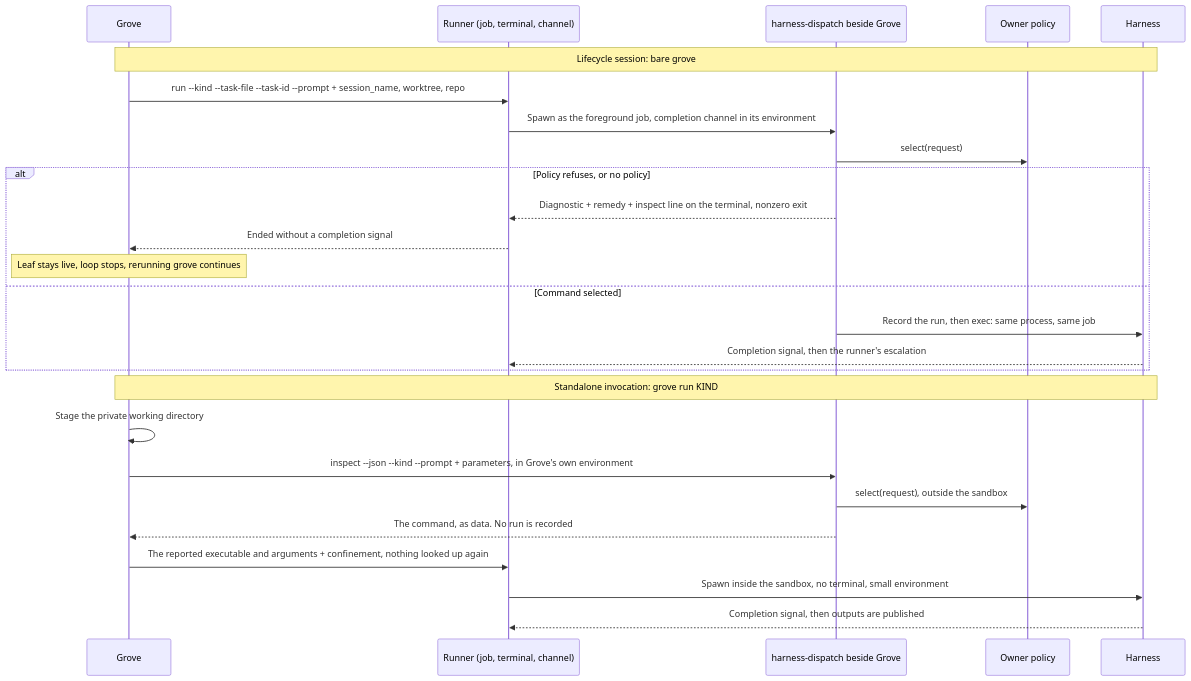
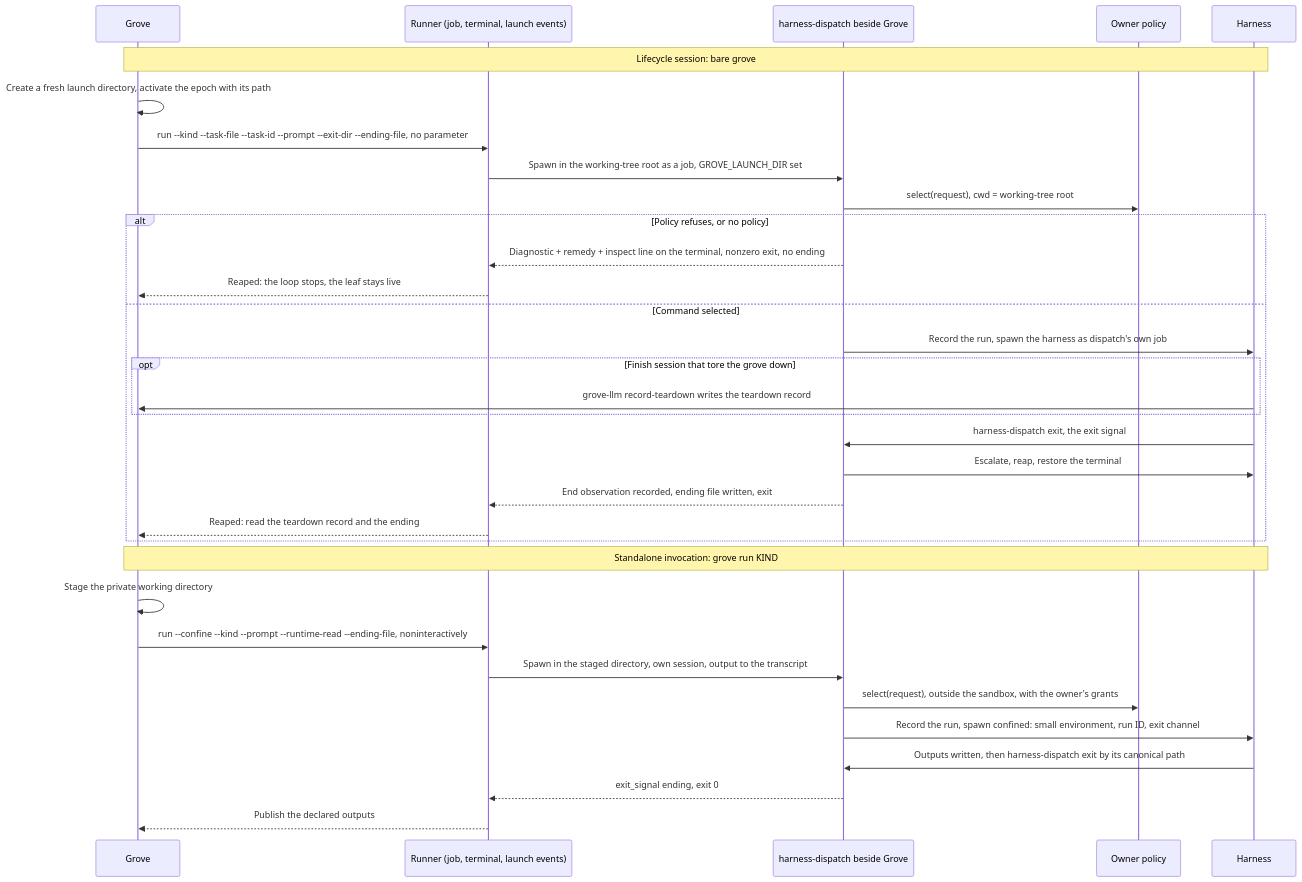
One commit to Linkuistics/grove changed the diagram in docs/design/harness-selection-and-execution/grove-launch.mmd. Above: the diagram before and after it, drawn with Mermaid. The commit also changed 31 other files, not shown here.

First line of the commit message:
harness-wrapper-k2: design harness-dispatch as the harness's supervising wrapper, and cut harness-wrapper-k3 to review it before supervised-dispatch-k4 plans it

```diff
--- a/docs/design/harness-selection-and-execution/grove-launch.mmd
+++ b/docs/design/harness-selection-and-execution/grove-launch.mmd
@@ -1,26 +1,33 @@
 sequenceDiagram
   participant G as Grove
-  participant N as Runner (job, terminal, channel)
+  participant N as Runner (job, terminal, launch events)
   participant X as harness-dispatch beside Grove
   participant P as Owner policy
   participant H as Harness
   Note over G,H: Lifecycle session: bare grove
-  G->>N: run --kind --task-file --task-id --prompt + session_name, worktree, repo
-  N->>X: Spawn as the foreground job, completion channel in its environment
-  X->>P: select(request)
+  G->>G: Create a fresh launch directory, activate the epoch with its path
+  G->>N: run --kind --task-file --task-id --prompt --exit-dir --ending-file, no parameter
+  N->>X: Spawn in the working-tree root as a job, GROVE_LAUNCH_DIR set
+  X->>P: select(request), cwd = working-tree root
   alt Policy refuses, or no policy
-    X-->>N: Diagnostic + remedy + inspect line on the terminal, nonzero exit
-    N-->>G: Ended without a completion signal
-    Note over G: Leaf stays live, loop stops, rerunning grove continues
+    X-->>N: Diagnostic + remedy + inspect line on the terminal, nonzero exit, no ending
+    N-->>G: Reaped: the loop stops, the leaf stays live
   else Command selected
-    X->>H: Record the run, then exec: same process, same job
-    H-->>N: Completion signal, then the runner's escalation
+    X->>H: Record the run, spawn the harness as dispatch's own job
+    opt Finish session that tore the grove down
+      H->>G: grove-llm record-teardown writes the teardown record
+    end
+    H->>X: harness-dispatch exit, the exit signal
+    X->>H: Escalate, reap, restore the terminal
+    X-->>N: End observation recorded, ending file written, exit
+    N-->>G: Reaped: read the teardown record and the ending
   end
   Note over G,H: Standalone invocation: grove run KIND
   G->>G: Stage the private working directory
-  G->>X: inspect --json --kind --prompt + parameters, in Grove's own environment
-  X->>P: select(request), outside the sandbox
-  X-->>G: The command, as data. No run is recorded
-  G->>N: The reported executable and arguments + confinement, nothing looked up again
-  N->>H: Spawn inside the sandbox, no terminal, small environment
-  H-->>N: Completion signal, then outputs are published
+  G->>N: run --confine --kind --prompt --runtime-read --ending-file, noninteractively
+  N->>X: Spawn in the staged directory, own session, output to the transcript
+  X->>P: select(request), outside the sandbox, with the owner's grants
+  X->>H: Record the run, spawn confined: small environment, run ID, exit channel
+  H->>X: Outputs written, then harness-dispatch exit by its canonical path
+  X-->>N: exit_signal ending, exit 0
+  N-->>G: Publish the declared outputs
```
